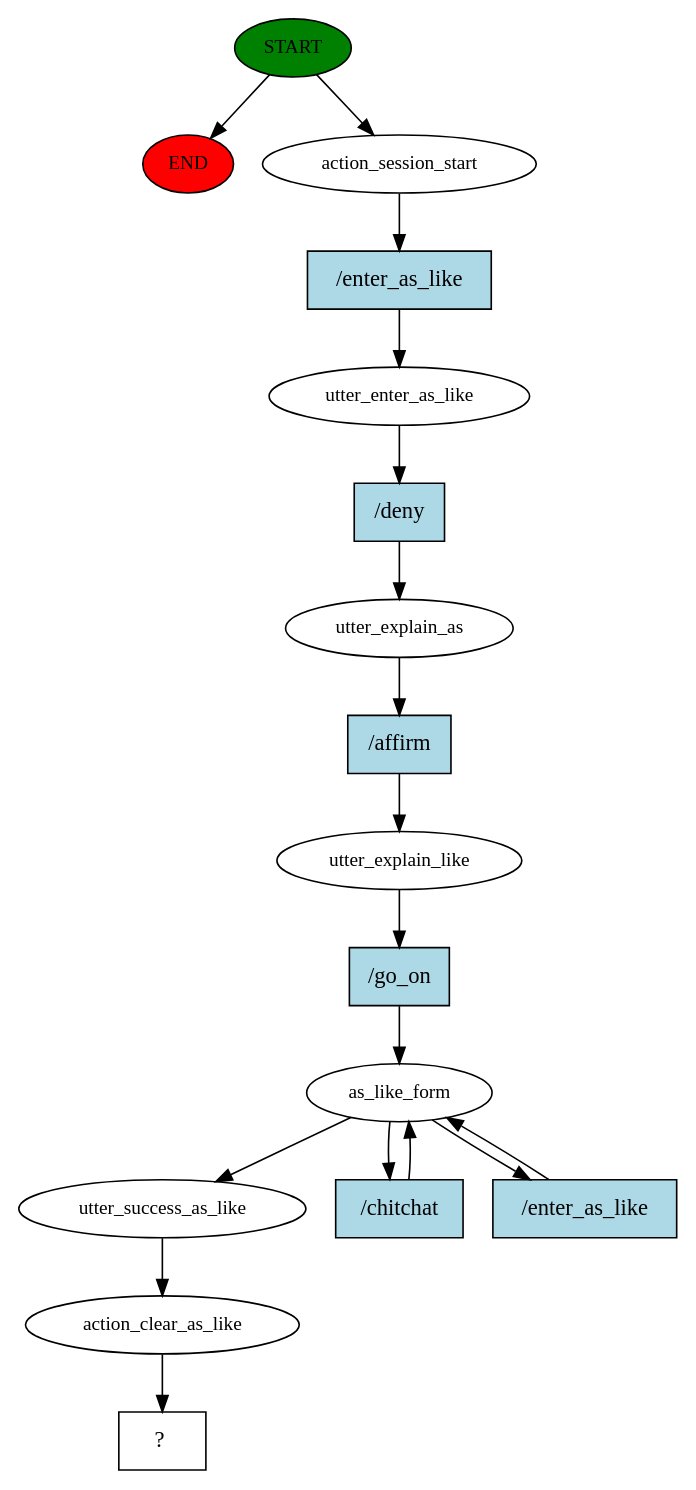
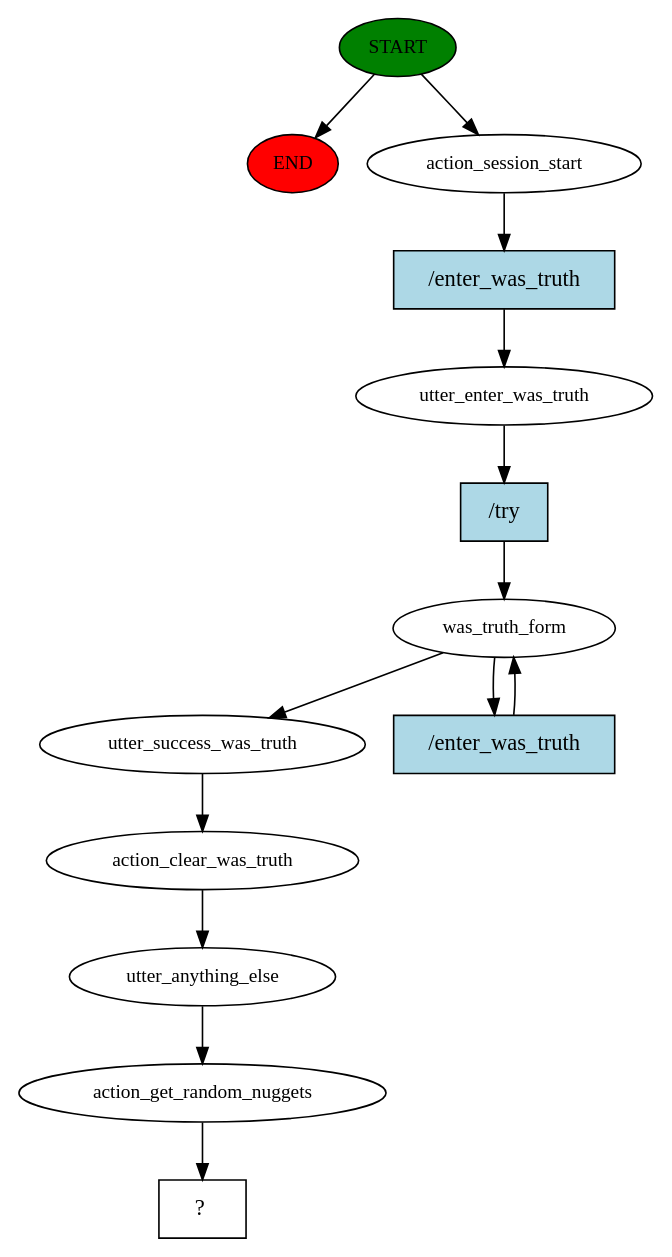
The diagram in story_graph.dot (se-labor/alfa-bot-chatbots), drawn with Graphviz before and after one commit. The commit also changed 11 other files, not shown here.

```diff
--- a/story_graph.dot
+++ b/story_graph.dot
@@ -1,35 +1,28 @@
 digraph  {
 0 [class="start active", fillcolor=green, fontsize=12, label=START, style=filled];
 "-1" [class=end, fillcolor=red, fontsize=12, label=END, style=filled];
 1 [class=active, fontsize=12, label=action_session_start];
-2 [class=active, fontsize=12, label=utter_enter_as_like];
-3 [class=active, fontsize=12, label=utter_explain_as];
-4 [class=active, fontsize=12, label=utter_explain_like];
-5 [class=active, fontsize=12, label=as_like_form];
-10 [class=active, fontsize=12, label=utter_success_as_like];
-11 [class=active, fontsize=12, label=action_clear_as_like];
-12 [class="intent dashed active", label="  ?  ", shape=rect];
-13 [class="intent active", fillcolor=lightblue, label="/enter_as_like", shape=rect, style=filled];
-14 [class="intent active", fillcolor=lightblue, label="/deny", shape=rect, style=filled];
-15 [class="intent active", fillcolor=lightblue, label="/affirm", shape=rect, style=filled];
-16 [class="intent active", fillcolor=lightblue, label="/go_on", shape=rect, style=filled];
-17 [class="intent active", fillcolor=lightblue, label="/chitchat", shape=rect, style=filled];
-18 [class="intent active", fillcolor=lightblue, label="/enter_as_like", shape=rect, style=filled];
+2 [class=active, fontsize=12, label=utter_enter_was_truth];
+3 [class=active, fontsize=12, label=was_truth_form];
+7 [class=active, fontsize=12, label=utter_success_was_truth];
+8 [class=active, fontsize=12, label=action_clear_was_truth];
+9 [class=active, fontsize=12, label=utter_anything_else];
+10 [class=active, fontsize=12, label=action_get_random_nuggets];
+11 [class="intent dashed active", label="  ?  ", shape=rect];
+12 [class="intent active", fillcolor=lightblue, label="/enter_was_truth", shape=rect, style=filled];
+13 [class="intent active", fillcolor=lightblue, label="/try", shape=rect, style=filled];
+14 [class="intent active", fillcolor=lightblue, label="/enter_was_truth", shape=rect, style=filled];
 0 -> "-1"  [class="", key=NONE, label=""];
 0 -> 1  [class=active, key=NONE, label=""];
-1 -> 13  [class=active, key=0];
-2 -> 14  [class=active, key=0];
-3 -> 15  [class=active, key=0];
-4 -> 16  [class=active, key=0];
-5 -> 10  [class=active, key=NONE, label=""];
-5 -> 17  [class=active, key=0];
-5 -> 18  [class=active, key=0];
+1 -> 12  [class=active, key=0];
+2 -> 13  [class=active, key=0];
+3 -> 7  [class=active, key=NONE, label=""];
+3 -> 14  [class=active, key=0];
+7 -> 8  [class=active, key=NONE, label=""];
+8 -> 9  [class=active, key=NONE, label=""];
+9 -> 10  [class=active, key=NONE, label=""];
 10 -> 11  [class=active, key=NONE, label=""];
-11 -> 12  [class=active, key=NONE, label=""];
-13 -> 2  [class=active, key=0];
+12 -> 2  [class=active, key=0];
+13 -> 3  [class=active, key=0];
 14 -> 3  [class=active, key=0];
-15 -> 4  [class=active, key=0];
-16 -> 5  [class=active, key=0];
-17 -> 5  [class=active, key=0];
-18 -> 5  [class=active, key=0];
 }
```
